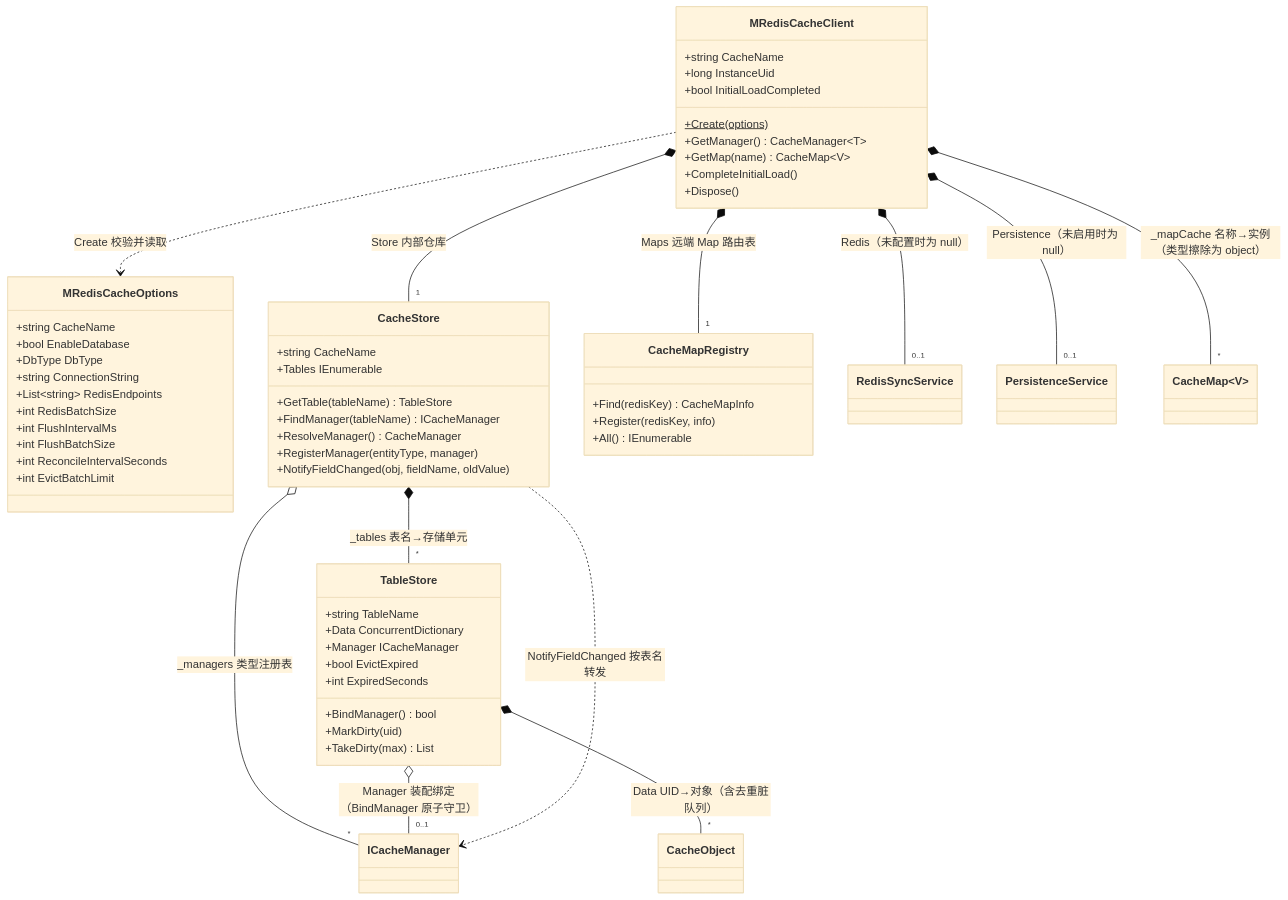
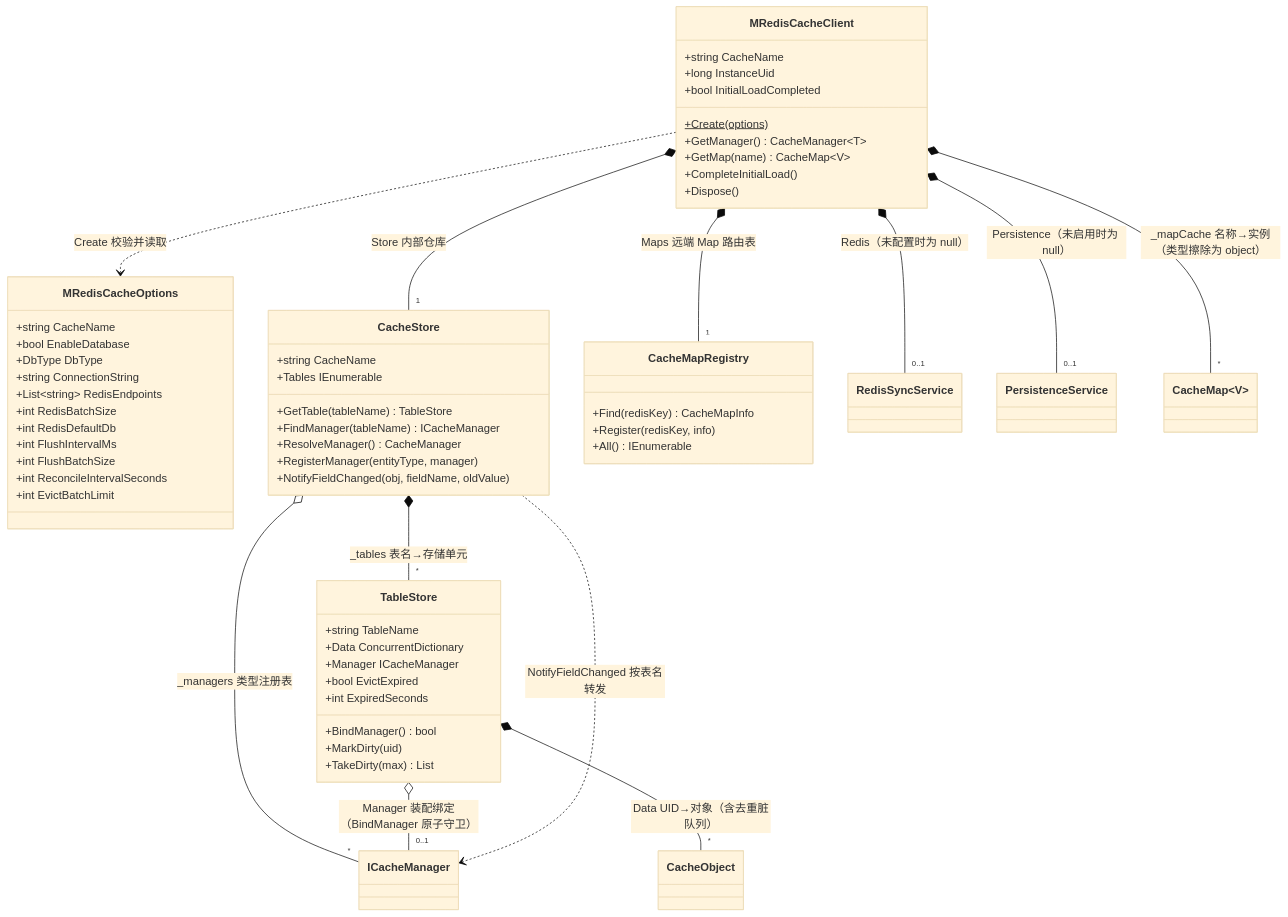
Before and after one commit to HUHANK/MRedisCache: the second of 10 diagrams in ARCHITECTURE.md, drawn with Mermaid (base theme). The commit also changed other lines of this file and 2 other files, not shown here.

Commit message:
新增Redis默认DB的参数，最好不要都放在默认0DB上

````diff
--- a/ARCHITECTURE.md
+++ b/ARCHITECTURE.md
@@ -104,67 +104,68 @@
 ```mermaid
 classDiagram
     direction TB
 
     class MRedisCacheOptions {
         +string CacheName
         +bool EnableDatabase
         +DbType DbType
         +string ConnectionString
         +List~string~ RedisEndpoints
         +int RedisBatchSize
+        +int RedisDefaultDb
         +int FlushIntervalMs
         +int FlushBatchSize
         +int ReconcileIntervalSeconds
         +int EvictBatchLimit
     }
 
     class MRedisCacheClient {
         +string CacheName
         +long InstanceUid
         +bool InitialLoadCompleted
         +Create(options)$
         +GetManager() CacheManager~T~
         +GetMap(name) CacheMap~V~
         +CompleteInitialLoad()
         +Dispose()
     }
 
     class CacheStore {
         +string CacheName
         +Tables IEnumerable
         +GetTable(tableName) TableStore
         +FindManager(tableName) ICacheManager
         +ResolveManager() CacheManager
         +RegisterManager(entityType, manager)
         +NotifyFieldChanged(obj, fieldName, oldValue)
     }
 
     class TableStore {
         +string TableName
         +Data ConcurrentDictionary
         +Manager ICacheManager
         +bool EvictExpired
         +int ExpiredSeconds
         +BindManager() bool
         +MarkDirty(uid)
         +TakeDirty(max) List
     }
 
     class CacheMapRegistry {
         +Find(redisKey) CacheMapInfo
         +Register(redisKey, info)
         +All() IEnumerable
     }
 
     MRedisCacheClient ..> MRedisCacheOptions : Create 校验并读取
     MRedisCacheClient *-- "1" CacheStore : Store 内部仓库
     MRedisCacheClient *-- "0..1" RedisSyncService : Redis（未配置时为 null）
     MRedisCacheClient *-- "0..1" PersistenceService : Persistence（未启用时为 null）
     MRedisCacheClient *-- "1" CacheMapRegistry : Maps 远端 Map 路由表
     MRedisCacheClient *-- "*" CacheMap~V~ : _mapCache 名称→实例（类型擦除为 object）
     CacheStore *-- "*" TableStore : _tables 表名→存储单元
     CacheStore o-- "*" ICacheManager : _managers 类型注册表
     TableStore o-- "0..1" ICacheManager : Manager 装配绑定（BindManager 原子守卫）
     TableStore *-- "*" CacheObject : Data UID→对象（含去重脏队列）
     CacheStore ..> ICacheManager : NotifyFieldChanged 按表名转发
 ```
````
